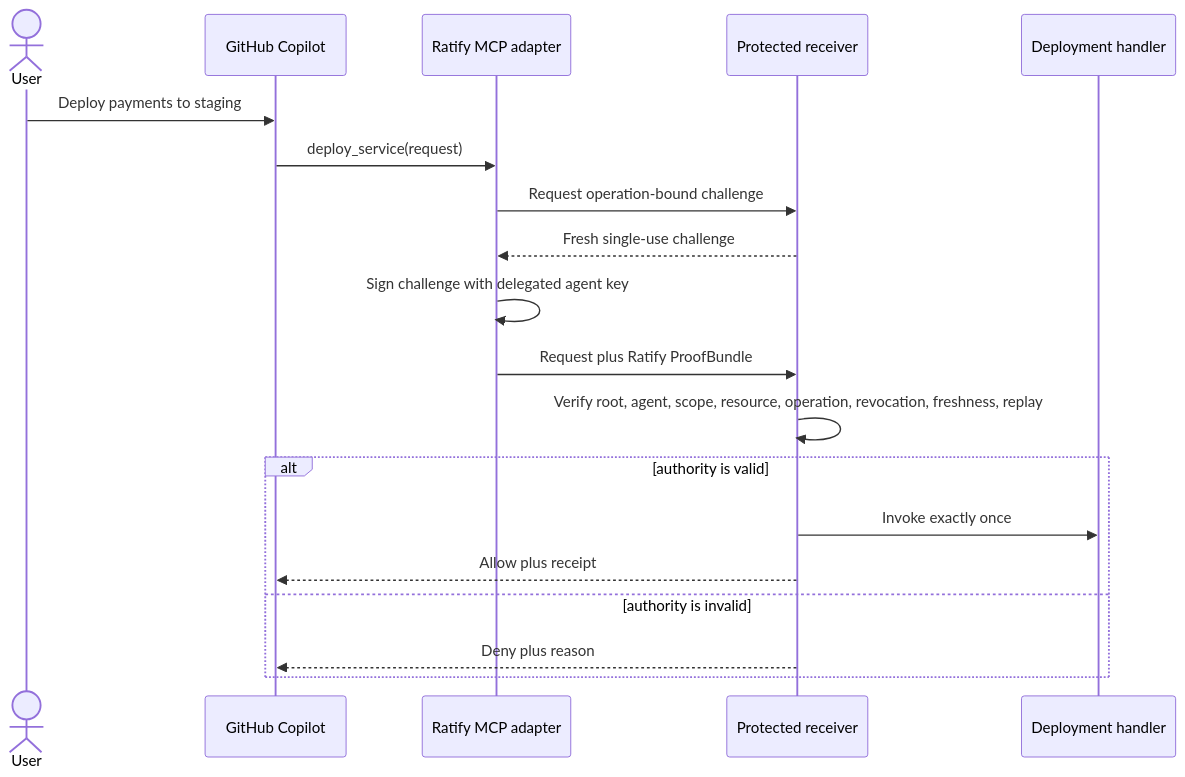
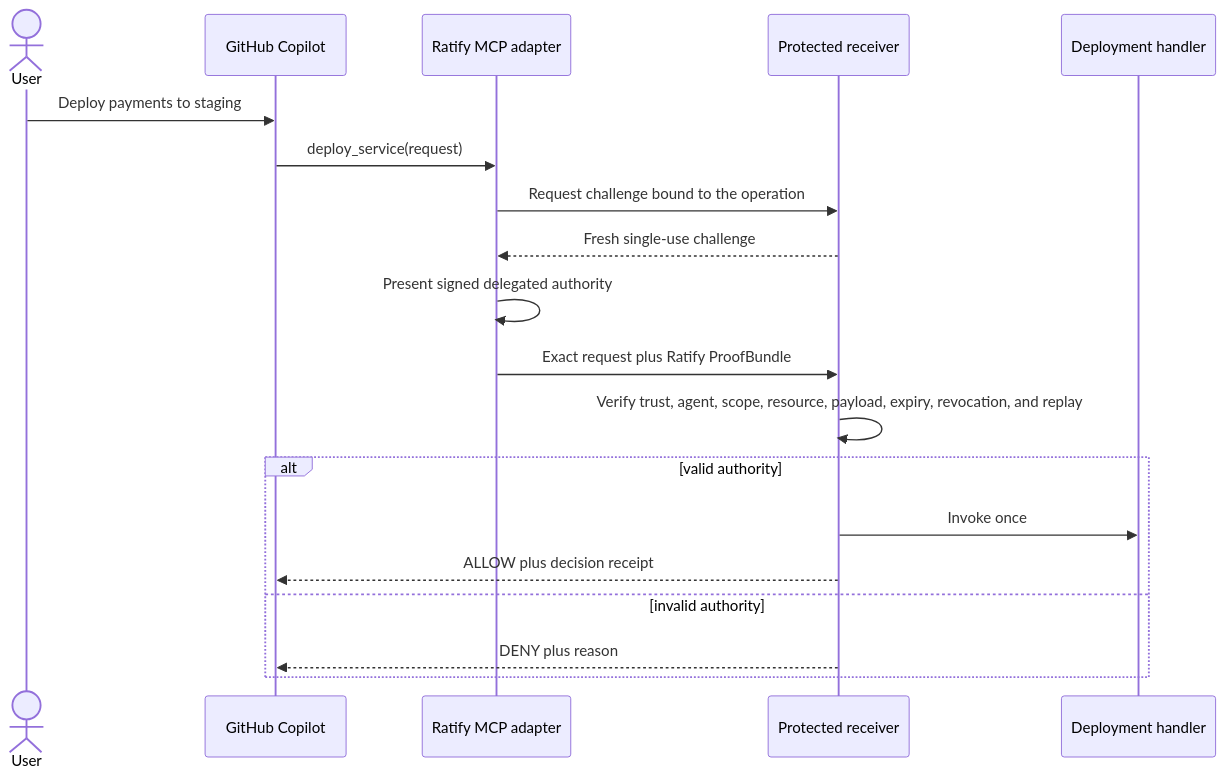
The second of 3 diagrams in references/github-copilot/README.md (identities-ai/ratify-protocol), drawn with Mermaid before and after one commit. The commit also changed other lines of this file and 2 other files, not shown here.

First line of the commit message:
Clarify reference value, discovery, and Copilot setup (#70)

````diff
--- a/references/github-copilot/README.md
+++ b/references/github-copilot/README.md
@@ -62,22 +73,22 @@
 ```mermaid
 sequenceDiagram
     actor User
     participant Copilot as GitHub Copilot
     participant Adapter as Ratify MCP adapter
     participant Receiver as Protected receiver
     participant Handler as Deployment handler
 
     User->>Copilot: Deploy payments to staging
     Copilot->>Adapter: deploy_service(request)
-    Adapter->>Receiver: Request operation-bound challenge
+    Adapter->>Receiver: Request challenge bound to the operation
     Receiver-->>Adapter: Fresh single-use challenge
-    Adapter->>Adapter: Sign challenge with delegated agent key
-    Adapter->>Receiver: Request plus Ratify ProofBundle
-    Receiver->>Receiver: Verify root, agent, scope, resource, operation, revocation, freshness, replay
-    alt authority is valid
-        Receiver->>Handler: Invoke exactly once
-        Receiver-->>Copilot: Allow plus receipt
-    else authority is invalid
-        Receiver-->>Copilot: Deny plus reason
+    Adapter->>Adapter: Present signed delegated authority
+    Adapter->>Receiver: Exact request plus Ratify ProofBundle
+    Receiver->>Receiver: Verify trust, agent, scope, resource, payload, expiry, revocation, and replay
+    alt valid authority
+        Receiver->>Handler: Invoke once
+        Receiver-->>Copilot: ALLOW plus decision receipt
+    else invalid authority
+        Receiver-->>Copilot: DENY plus reason
     end
 ```
````
